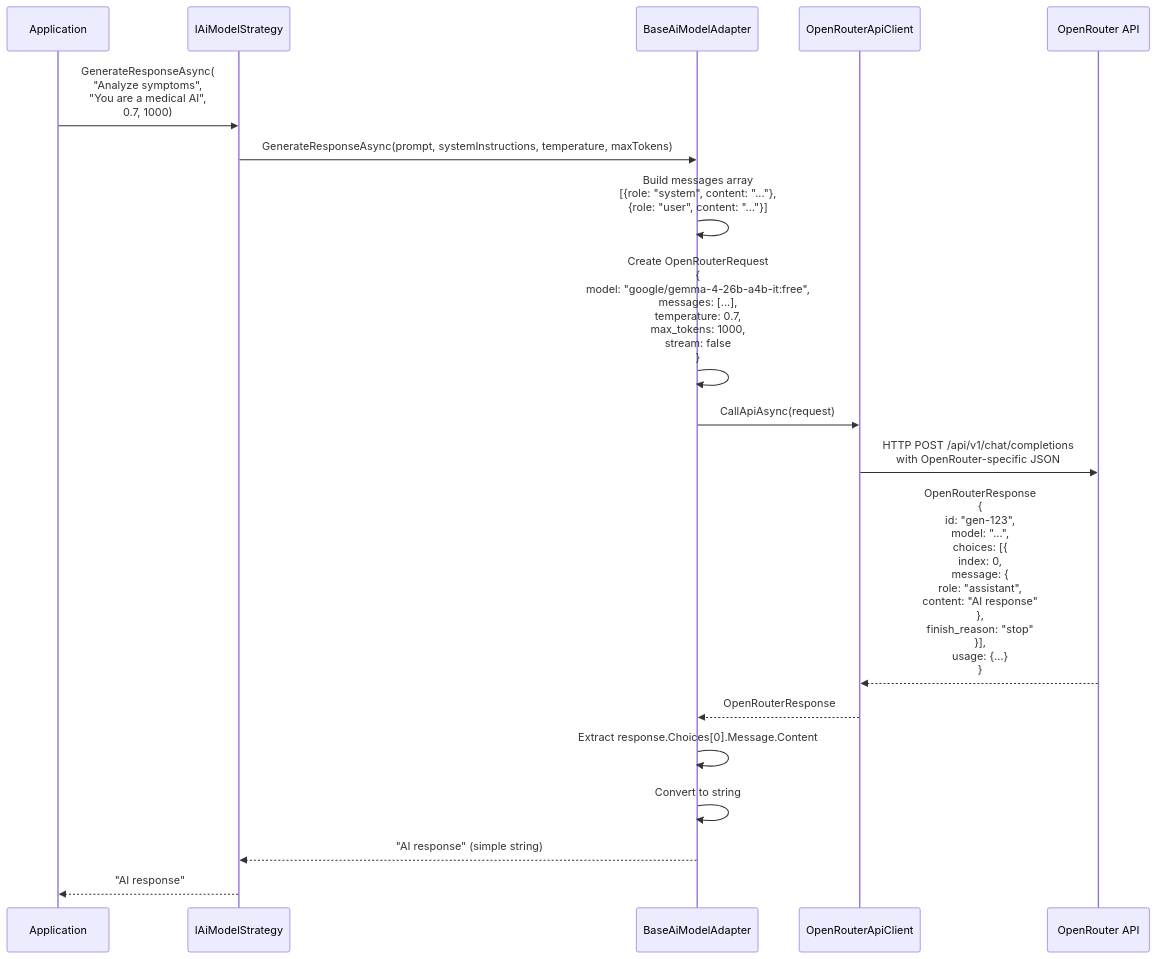
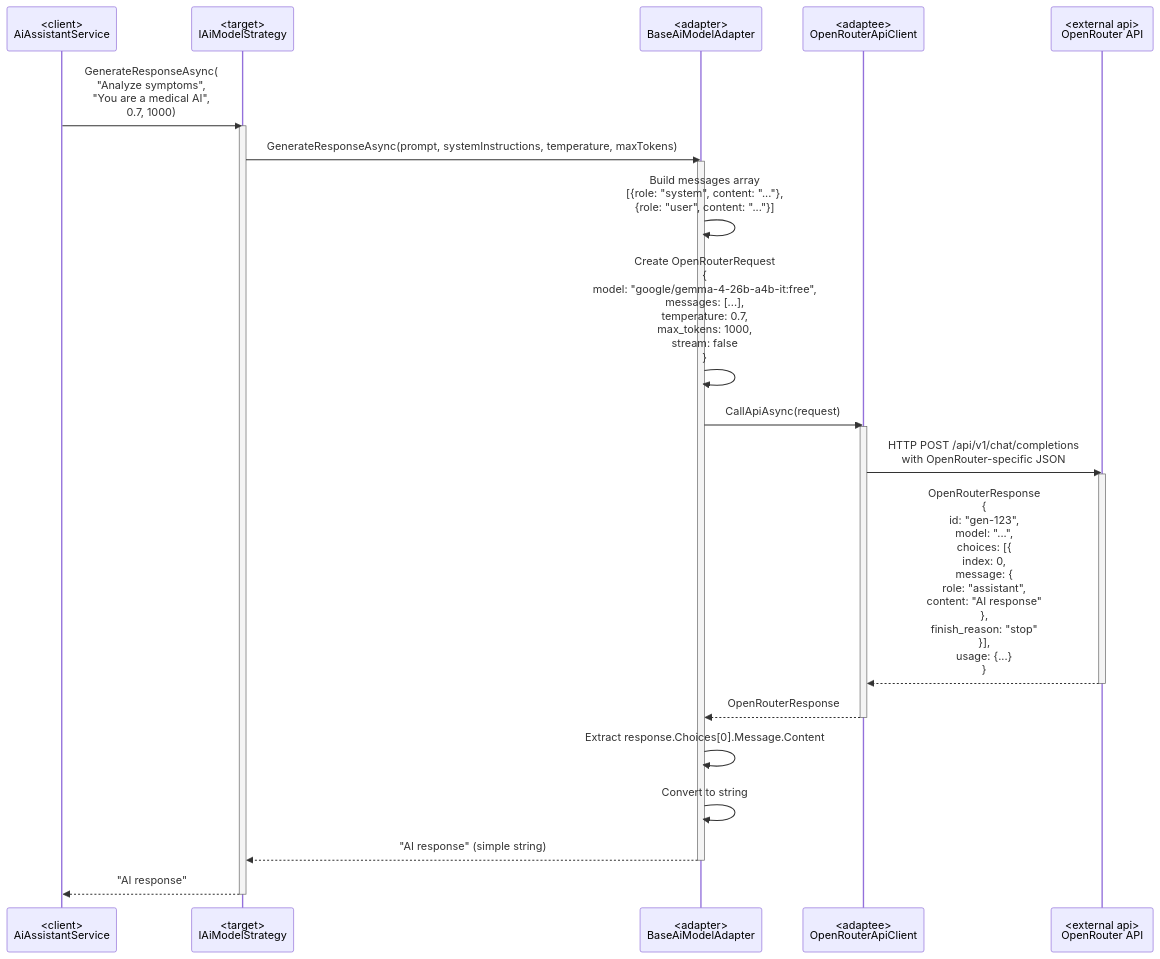
Before and after one commit to WeiXuan-C/ai-clinic: diagram 11 of 12 in DESIGN_PATTERNS_PROFESSIONAL.md, drawn with Mermaid. The commit also changed other lines of this file and 17 other files, not shown here.

````diff
--- a/DESIGN_PATTERNS_PROFESSIONAL.md
+++ b/DESIGN_PATTERNS_PROFESSIONAL.md
@@ -1935,32 +2024,40 @@
 ```mermaid
 sequenceDiagram
-    participant App as Application
-    participant Target as IAiModelStrategy
-    participant Adapter as BaseAiModelAdapter
-    participant Adaptee as OpenRouterApiClient
-    participant API as OpenRouter API
+    participant App as <client><br/>AiAssistantService
+    participant Target as <target><br/>IAiModelStrategy
+    participant Adapter as <adapter><br/>BaseAiModelAdapter
+    participant Adaptee as <adaptee><br/>OpenRouterApiClient
+    participant API as <external api><br/>OpenRouter API
     
     App->>Target: GenerateResponseAsync(<br/>"Analyze symptoms",<br/>"You are a medical AI",<br/>0.7, 1000)
+    activate Target
     
     Target->>Adapter: GenerateResponseAsync(prompt, systemInstructions, temperature, maxTokens)
+    activate Adapter
     
     Adapter->>Adapter: Build messages array<br/>[{role: "system", content: "..."},<br/>{role: "user", content: "..."}]
     
     Adapter->>Adapter: Create OpenRouterRequest<br/>{<br/>  model: "google/gemma-4-26b-a4b-it:free",<br/>  messages: [...],<br/>  temperature: 0.7,<br/>  max_tokens: 1000,<br/>  stream: false<br/>}
     
     Adapter->>Adaptee: CallApiAsync(request)
+    activate Adaptee
     
     Adaptee->>API: HTTP POST /api/v1/chat/completions<br/>with OpenRouter-specific JSON
+    activate API
     
     API-->>Adaptee: OpenRouterResponse<br/>{<br/>  id: "gen-123",<br/>  model: "...",<br/>  choices: [{<br/>    index: 0,<br/>    message: {<br/>      role: "assistant",<br/>      content: "AI response"<br/>    },<br/>    finish_reason: "stop"<br/>  }],<br/>  usage: {...}<br/>}
+    deactivate API
     
     Adaptee-->>Adapter: OpenRouterResponse
+    deactivate Adaptee
     
     Adapter->>Adapter: Extract response.Choices[0].Message.Content
     
     Adapter->>Adapter: Convert to string
     
     Adapter-->>Target: "AI response" (simple string)
+    deactivate Adapter
     
     Target-->>App: "AI response"
+    deactivate Target
 ```
````
